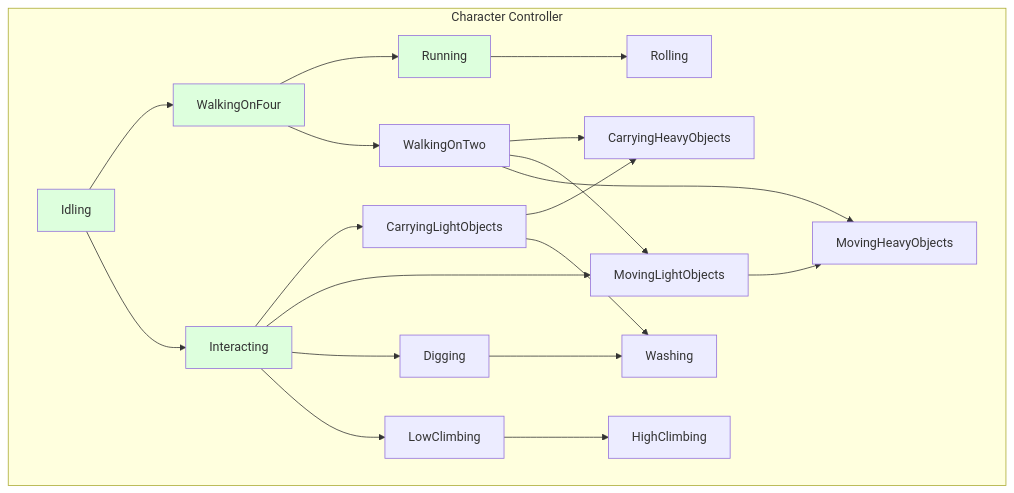
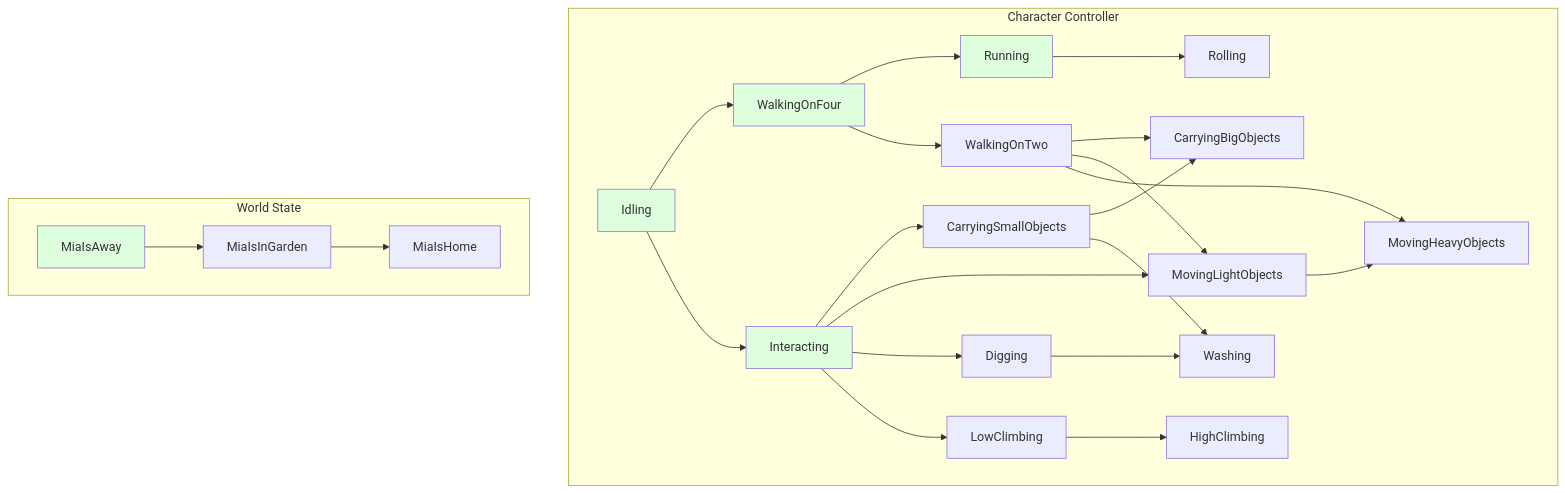
Before and after one commit to gregorhcs/RacoonTaleDocs: the diagram in diagrams/abilities.mermaid, drawn with Mermaid.

Commit message:
feat: add world state

```diff
--- a/diagrams/abilities.mermaid
+++ b/diagrams/abilities.mermaid
@@ -1,40 +1,49 @@
 flowchart TD
     classDef start fill:#dfd
     
     subgraph Character Controller
         Idling:::start
         
         WalkingOnFour:::start
         WalkingOnTwo
         Running:::start
         Interacting:::start
-        CarryingLightObjects
-        CarryingHeavyObjects
+        CarryingSmallObjects
+        CarryingBigObjects
         
         Rolling
         LowClimbing
         HighClimbing
         Digging
         MovingLightObjects
         MovingHeavyObjects
         Washing
     end
 
 	WalkingOnFour-->Running
 	WalkingOnFour-->WalkingOnTwo
 	
 	Idling-->WalkingOnFour
 	Idling-->Interacting
 	Running-->Rolling
-	Interacting-->CarryingLightObjects
-	CarryingLightObjects-->CarryingHeavyObjects
-    WalkingOnTwo-->CarryingHeavyObjects
+	Interacting-->CarryingSmallObjects
+	CarryingSmallObjects-->CarryingBigObjects
+    WalkingOnTwo-->CarryingBigObjects
     WalkingOnTwo-->MovingLightObjects
     WalkingOnTwo-->MovingHeavyObjects
 	Interacting-->MovingLightObjects
 	MovingLightObjects-->MovingHeavyObjects
 	Interacting-->Digging
     Digging-->Washing
-	CarryingLightObjects-->Washing
+	CarryingSmallObjects-->Washing
 	Interacting-->LowClimbing
 	LowClimbing-->HighClimbing
+    
+    subgraph World State
+        MiaIsAway:::start
+		MiaIsInGarden
+		MiaIsHome
+	end
+	
+	MiaIsAway-->MiaIsInGarden
+	MiaIsInGarden-->MiaIsHome
```
